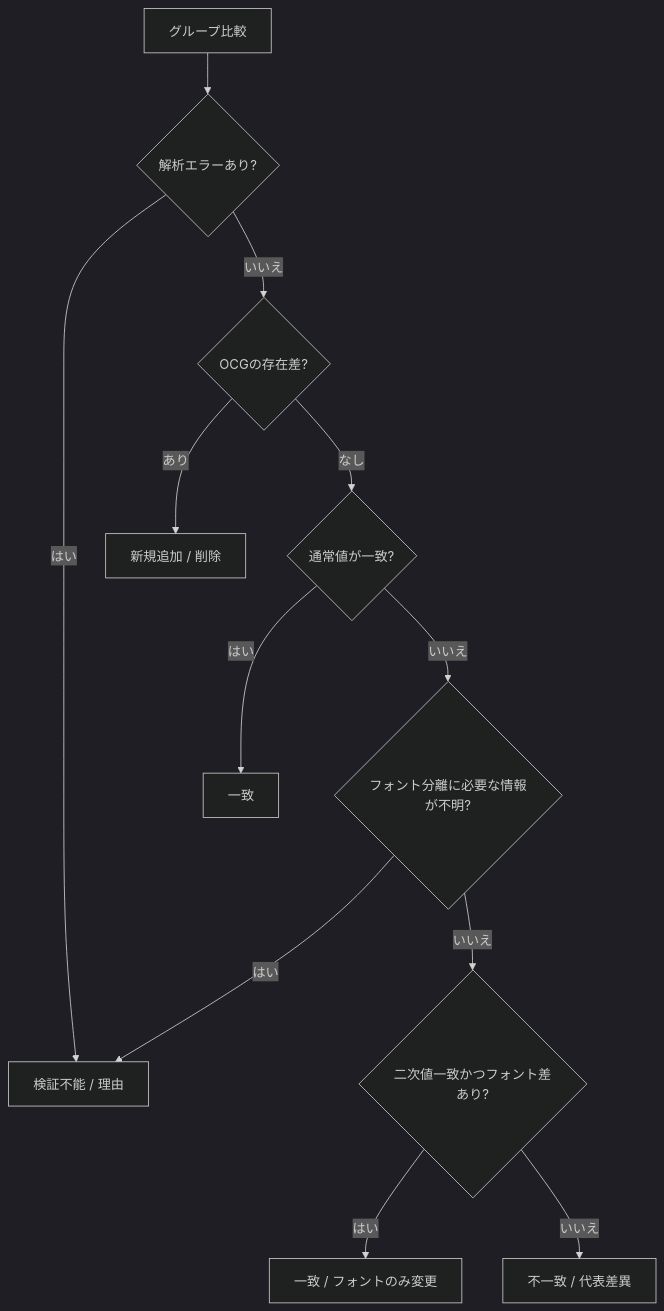
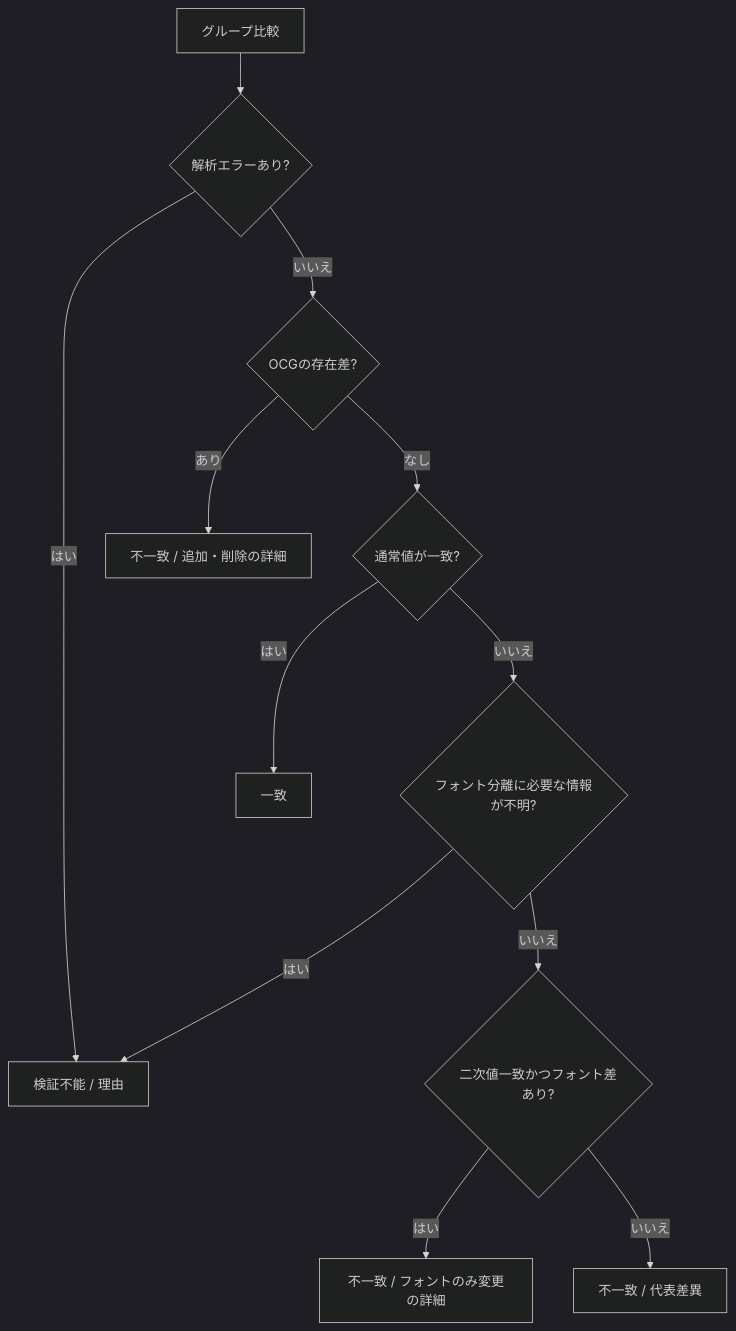
Before and after one commit to zionsoftware/diffpdf-layer: the third of 3 diagrams in docs/basic-design.md, drawn with Mermaid (dark theme). The commit also changed other lines of this file and 32 other files, not shown here.

````diff
--- a/docs/basic-design.md
+++ b/docs/basic-design.md
@@ -80,14 +80,14 @@
 ```mermaid
 flowchart TD
     A[グループ比較] --> B{解析エラーあり?}
     B -- はい --> U[検証不能 / 理由]
     B -- いいえ --> C{OCGの存在差?}
-    C -- あり --> D[新規追加 / 削除]
+    C -- あり --> D[不一致 / 追加・削除の詳細]
     C -- なし --> E{通常値が一致?}
     E -- はい --> M[一致]
     E -- いいえ --> F{フォント分離に必要な情報が不明?}
     F -- はい --> U
     F -- いいえ --> G{二次値一致かつフォント差あり?}
-    G -- はい --> H[一致 / フォントのみ変更]
+    G -- はい --> H[不一致 / フォントのみ変更の詳細]
     G -- いいえ --> X[不一致 / 代表差異]
 ```
````
